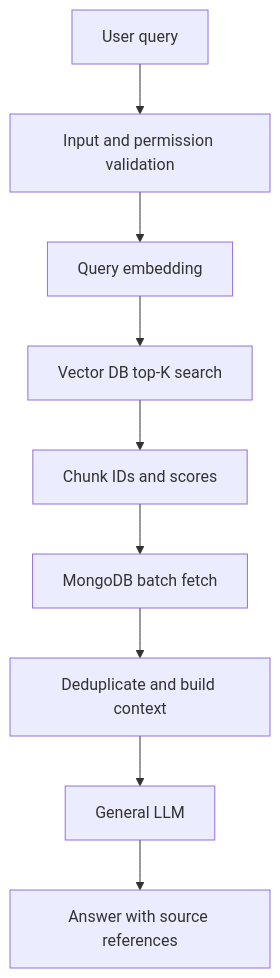
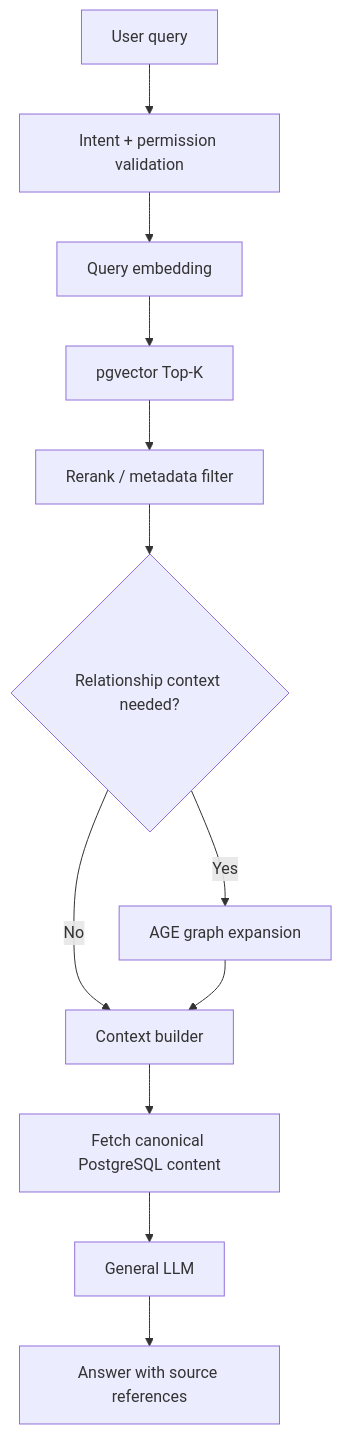
The third of 3 diagrams in docs/implementation-plan.md (jim99224/AI-Knowledge-Base), drawn with Mermaid before and after one commit. The commit also changed other lines of this file, not shown here.

Commit message:
docs: migrate implementation plan to PostgreSQL pgvector and AGE

````diff
--- a/docs/implementation-plan.md
+++ b/docs/implementation-plan.md
@@ -377,11 +317,14 @@
 ```mermaid
 flowchart TD
-    A[User query] --> B[Input and permission validation]
+    A[User query] --> B[Intent + permission validation]
     B --> C[Query embedding]
-    C --> D[Vector DB top-K search]
-    D --> E[Chunk IDs and scores]
-    E --> F[MongoDB batch fetch]
-    F --> G[Deduplicate and build context]
-    G --> H[General LLM]
-    H --> I[Answer with source references]
+    C --> D[pgvector Top-K]
+    D --> E[Rerank / metadata filter]
+    E --> F{Relationship context needed?}
+    F -->|No| H[Context builder]
+    F -->|Yes| G[AGE graph expansion]
+    G --> H
+    H --> I[Fetch canonical PostgreSQL content]
+    I --> J[General LLM]
+    J --> K[Answer with source references]
 ```
````
